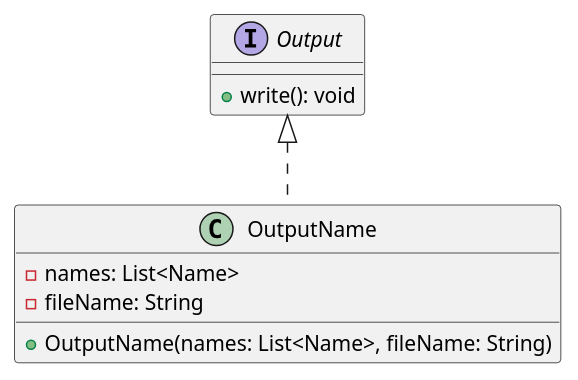
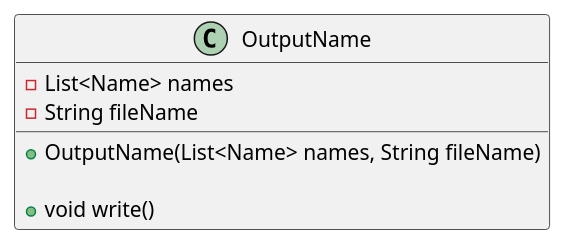
One commit to mplekunov/Assignment_3 changed the diagram in src/main/resources/ex41/ClassDiagrams/OutputName.puml. Above: the diagram before and after it, drawn with PlantUML. The commit also changed 155 other files, not shown here.

```diff
--- a/src/main/resources/ex41/ClassDiagrams/OutputName.puml
+++ b/src/main/resources/ex41/ClassDiagrams/OutputName.puml
@@ -1,14 +1,13 @@
 @startuml
 'https://plantuml.com/class-diagram
 
-class OutputName implements Output {
-    -names: List<Name>
-    -fileName: String
+class OutputName {
+    -List<Name> names
+    -String fileName
 
-    +OutputName(names: List<Name>, fileName: String)
+    +OutputName(List<Name> names, String fileName)
+
+    +void write()
 }
 
-interface Output {
-    +write(): void
-}
 @enduml
```
